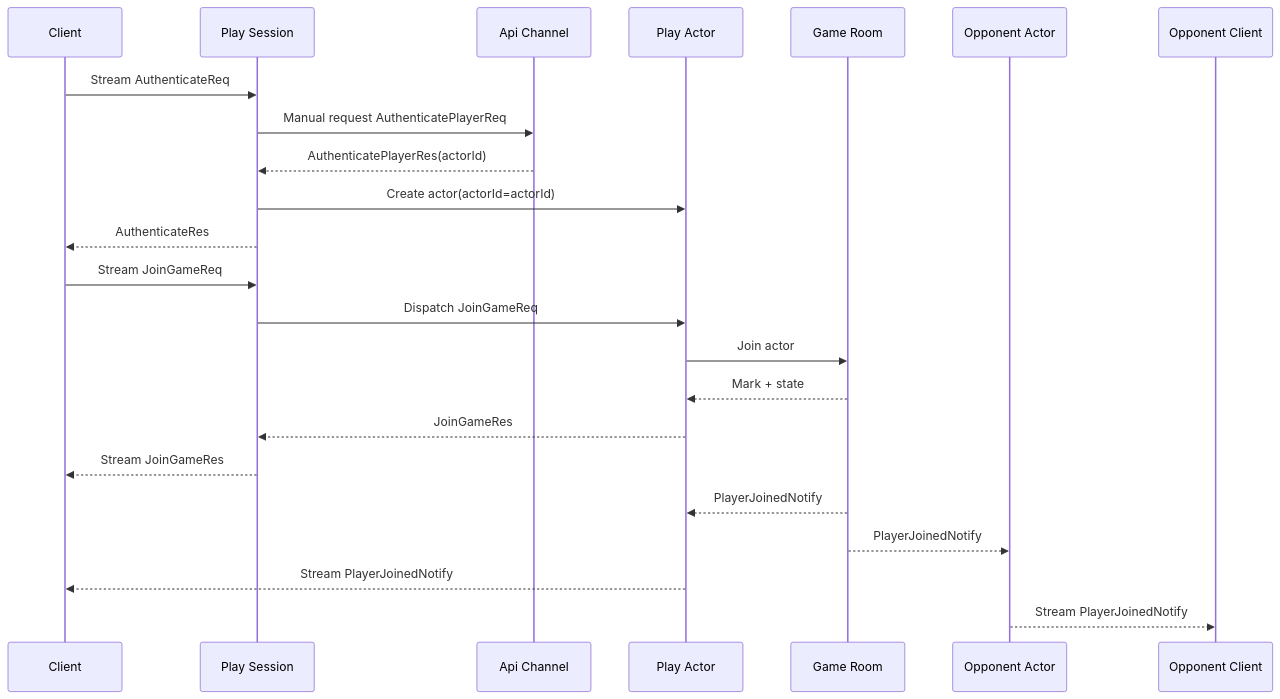
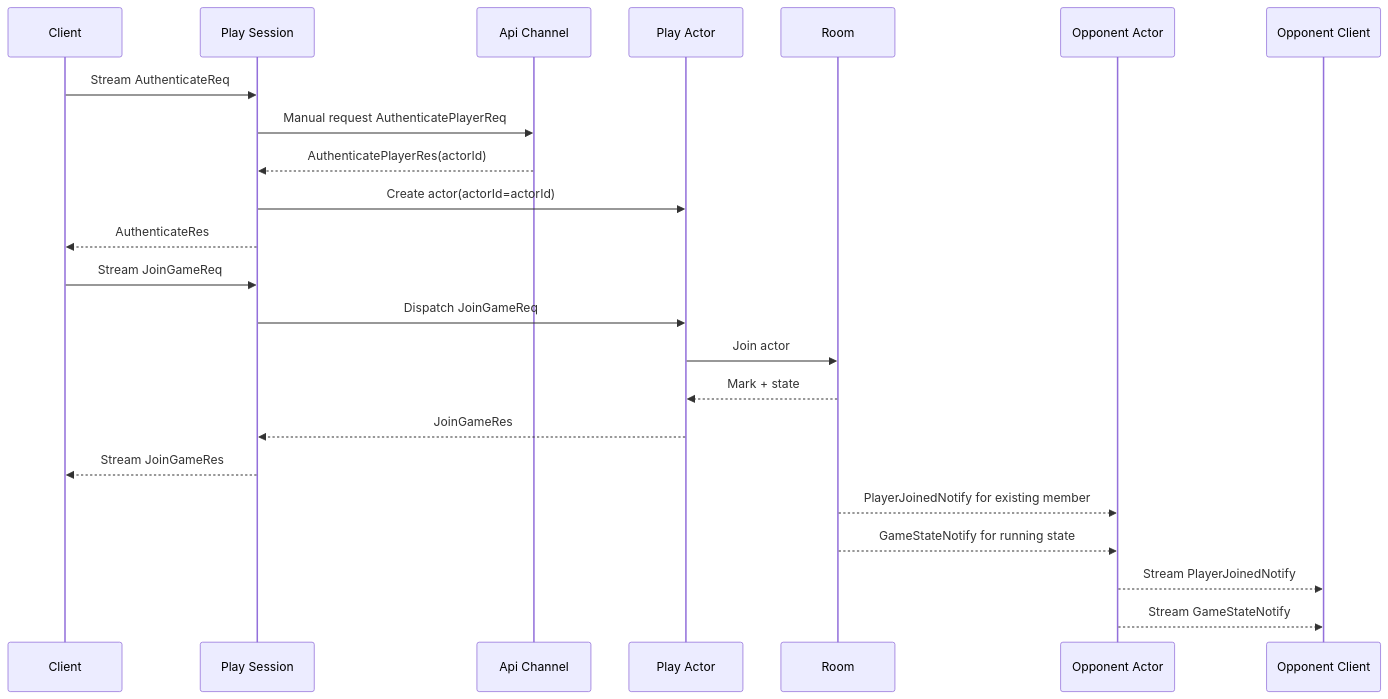
One commit to kairos-code-dev/zlink changed the third of 4 diagrams in framework/doc/spec/sample/tictactoe/README.ko.md. Above: the diagram before and after it, drawn with Mermaid. The commit also changed other lines of this file and 2 other files, not shown here.

Commit message:
Document common sample play architecture

````diff
--- a/framework/doc/spec/sample/tictactoe/README.ko.md
+++ b/framework/doc/spec/sample/tictactoe/README.ko.md
@@ -245,26 +298,26 @@
 ```mermaid
 sequenceDiagram
     participant C as Client
     participant S as Play Session
     participant API as Api Channel
     participant ACT as Play Actor
-    participant ROOM as Game Room
+    participant ROOM as Room
     participant OACT as Opponent Actor
     participant OC as Opponent Client
 
     C->>S: Stream AuthenticateReq
     S->>API: Manual request AuthenticatePlayerReq
     API-->>S: AuthenticatePlayerRes(actorId)
     S->>ACT: Create actor(actorId=actorId)
     S-->>C: AuthenticateRes
     C->>S: Stream JoinGameReq
     S->>ACT: Dispatch JoinGameReq
     ACT->>ROOM: Join actor
     ROOM-->>ACT: Mark + state
     ACT-->>S: JoinGameRes
     S-->>C: Stream JoinGameRes
-    ROOM-->>ACT: PlayerJoinedNotify
-    ROOM-->>OACT: PlayerJoinedNotify
-    ACT-->>C: Stream PlayerJoinedNotify
+    ROOM-->>OACT: PlayerJoinedNotify for existing member
+    ROOM-->>OACT: GameStateNotify for running state
     OACT-->>OC: Stream PlayerJoinedNotify
+    OACT-->>OC: Stream GameStateNotify
 ```
````
